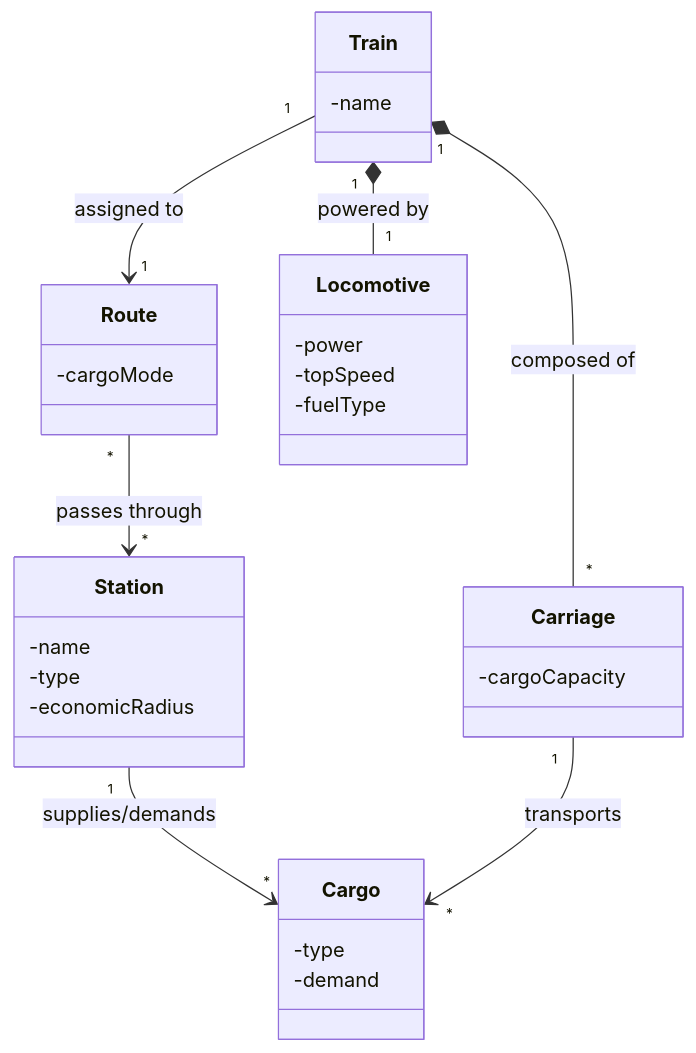
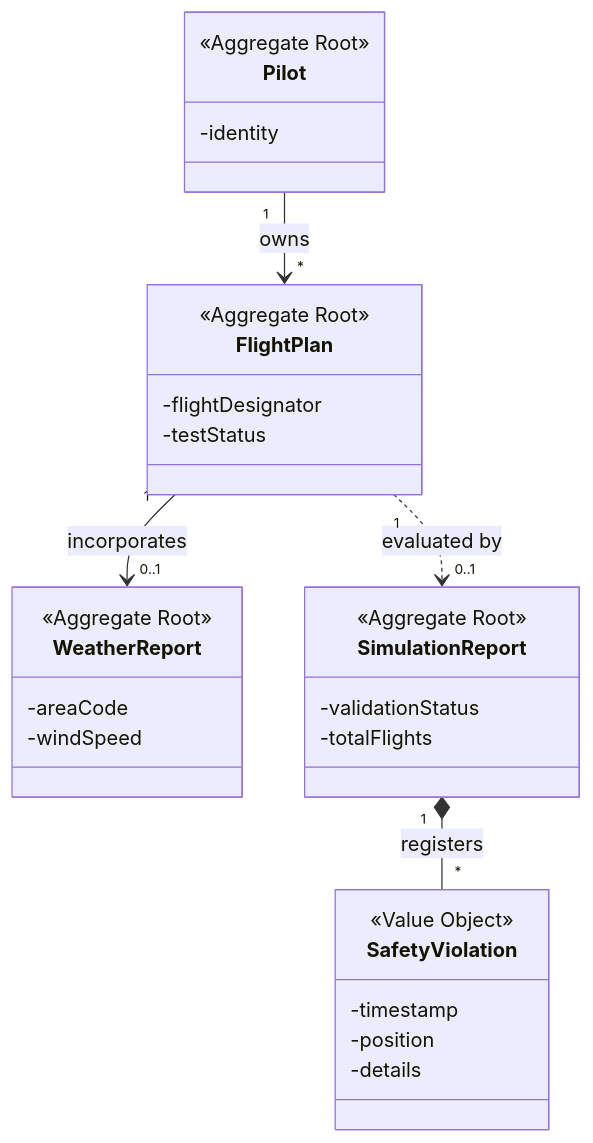
Before and after one commit to ivasduarte/ai-safe: the diagram in README.md, drawn with Mermaid. The commit also changed other lines of this file, not shown here.

Commit message:
Update project name and description in README

````diff
--- a/README.md
+++ b/README.md
@@ -27,38 +29,37 @@
 ```mermaid
 classDiagram
-  class Station {
-    -name
-    -type
-    -economicRadius
+  class FlightPlan {
+    <<Aggregate Root>>
+    -flightDesignator
+    -testStatus
   }
   
-  class Route {
-    -cargoMode
+  class Pilot {
+    <<Aggregate Root>>
+    -identity
   }
   
-  class Train {
-    -name
+  class WeatherReport {
+    <<Aggregate Root>>
+    -areaCode
+    -windSpeed
   }
   
-  class Locomotive {
-    -power
-    -topSpeed
-    -fuelType
+  class SimulationReport {
+    <<Aggregate Root>>
+    -validationStatus
+    -totalFlights
   }
   
-  class Carriage {
-    -cargoCapacity
-  }
-  
-  class Cargo {
-    -type
-    -demand
+  class SafetyViolation {
+    <<Value Object>>
+    -timestamp
+    -position
+    -details
   }
 
-  Station "1" --> "*" Cargo : supplies/demands
-  Train "1" *-- "1" Locomotive : powered by
-  Train "1" *-- "*" Carriage : composed of
-  Carriage "1" --> "*" Cargo : transports
-  Train "1" --> "1" Route : assigned to
-  Route "*" --> "*" Station : passes through
+  Pilot "1" --> "*" FlightPlan : owns
+  FlightPlan "1" --> "0..1" WeatherReport : incorporates
+  FlightPlan "1" ..> "0..1" SimulationReport : evaluated by
+  SimulationReport "1" *-- "*" SafetyViolation : registers
 ```
````
